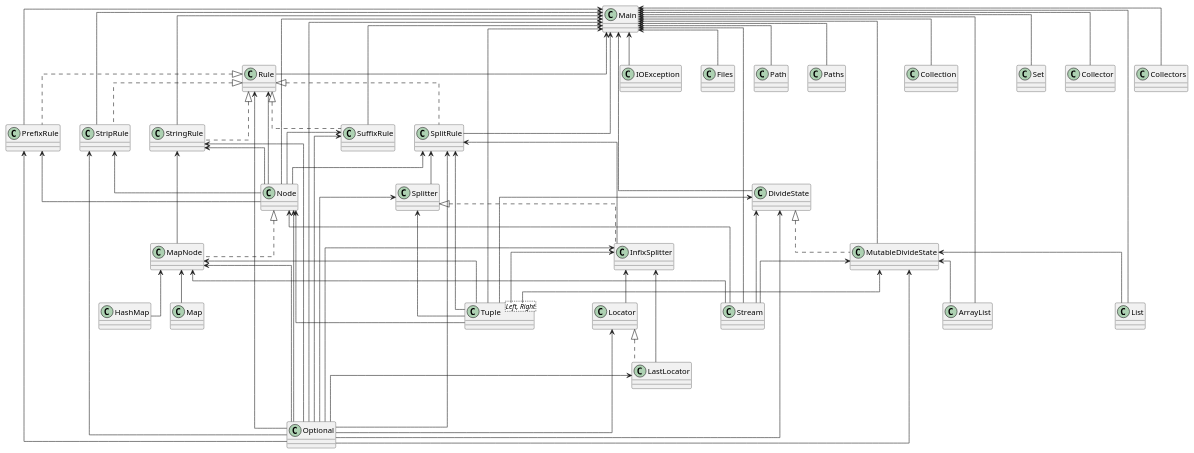
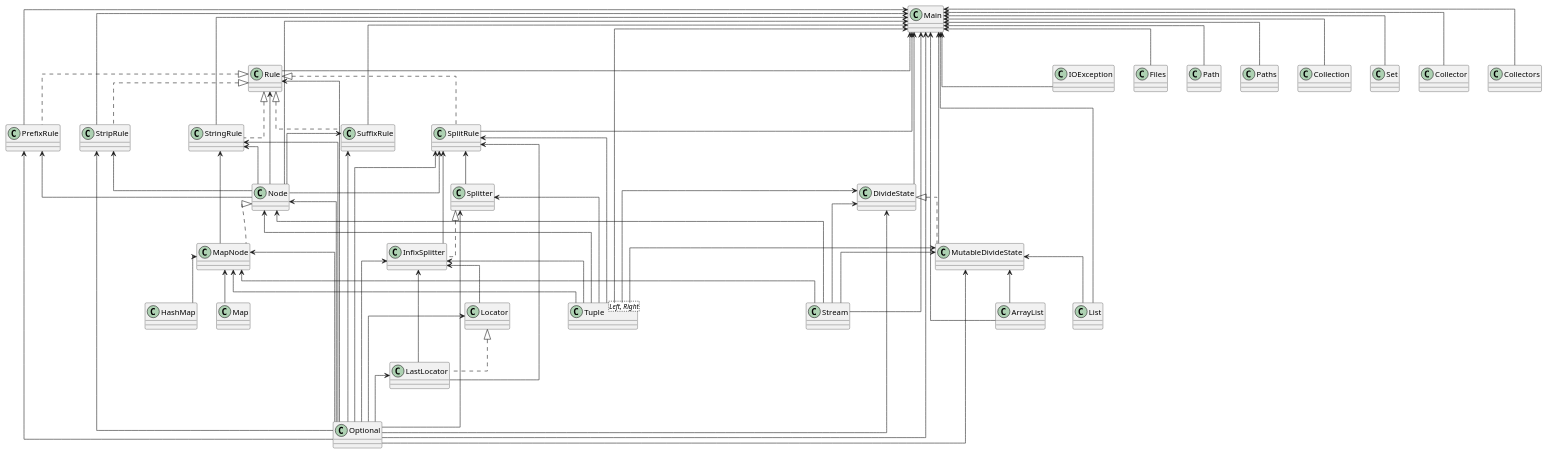
The diagram in diagram.puml (SirMathhman/Magma), drawn with PlantUML before and after one commit. The commit also changed 3 other files, not shown here.

```diff
--- a/diagram.puml
+++ b/diagram.puml
@@ -1,91 +1,92 @@
 @startuml
 skinparam linetype ortho
 class PrefixRule
 PrefixRule <-- Node
 PrefixRule <-- Optional
 class PrefixRule implements Rule
 class StripRule
 StripRule <-- Node
 StripRule <-- Optional
 class StripRule implements Rule
 class StringRule
 StringRule <-- MapNode
 StringRule <-- Node
 StringRule <-- Optional
 class StringRule implements Rule
 class Splitter
 Splitter <-- Tuple
 Splitter <-- Optional
 class Locator
 Locator <-- Optional
 class SuffixRule
 SuffixRule <-- Node
 SuffixRule <-- Optional
 class SuffixRule implements Rule
 class SplitRule
 SplitRule <-- Tuple
 SplitRule <-- Node
+SplitRule <-- LastLocator
 SplitRule <-- InfixSplitter
 SplitRule <-- Splitter
 SplitRule <-- Optional
 class SplitRule implements Rule 
 class LastLocator
 LastLocator <-- Optional
 class LastLocator implements Locator 
 class Rule
 Rule <-- Node
 Rule <-- Optional
 class Main
 Main <-- Tuple
 Main <-- DivideState
 Main <-- MutableDivideState
 Main <-- Node
-Main <-- SplitRule
 Main <-- PrefixRule
 Main <-- Rule
+Main <-- SplitRule
 Main <-- StringRule
 Main <-- StripRule
 Main <-- SuffixRule
 Main <-- IOException
 Main <-- Files
 Main <-- Path
 Main <-- Paths
 Main <-- ArrayList
 Main <-- Collection
 Main <-- List
 Main <-- Optional
 Main <-- Set
 Main <-- Collector
 Main <-- Collectors
 Main <-- Stream
 class Node
 Node <-- Tuple
 Node <-- Optional
 Node <-- Stream
 class MutableDivideState
 MutableDivideState <-- Tuple
 MutableDivideState <-- ArrayList
 MutableDivideState <-- List
 MutableDivideState <-- Optional
 MutableDivideState <-- Stream
 class MutableDivideState implements DivideState 
 class InfixSplitter
 InfixSplitter <-- Tuple
 InfixSplitter <-- LastLocator
 InfixSplitter <-- Locator
 InfixSplitter <-- Optional
 class InfixSplitter implements Splitter 
 class Tuple
 class Tuple<Left, Right> 
 class DivideState
 DivideState <-- Tuple
 DivideState <-- Optional
 DivideState <-- Stream
 class MapNode
 MapNode <-- Tuple
 MapNode <-- HashMap
 MapNode <-- Map
 MapNode <-- Optional
 MapNode <-- Stream
 class MapNode implements Node 
 @enduml
```
